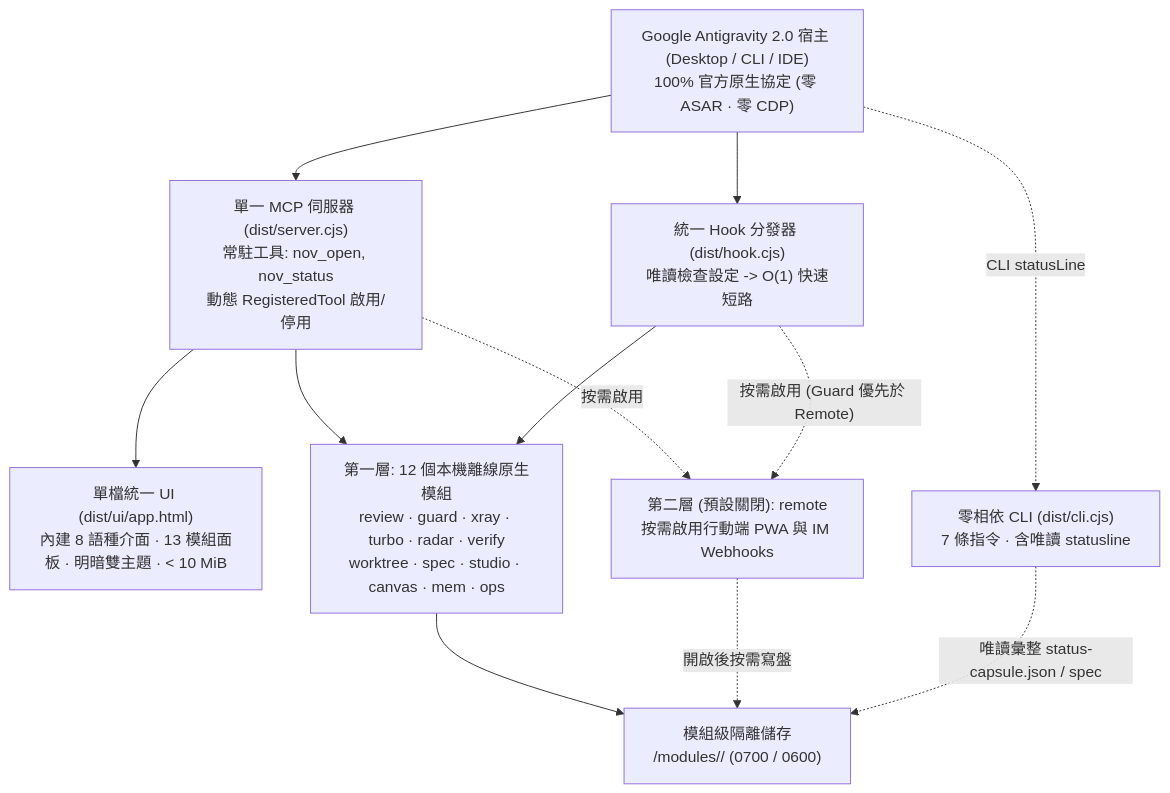
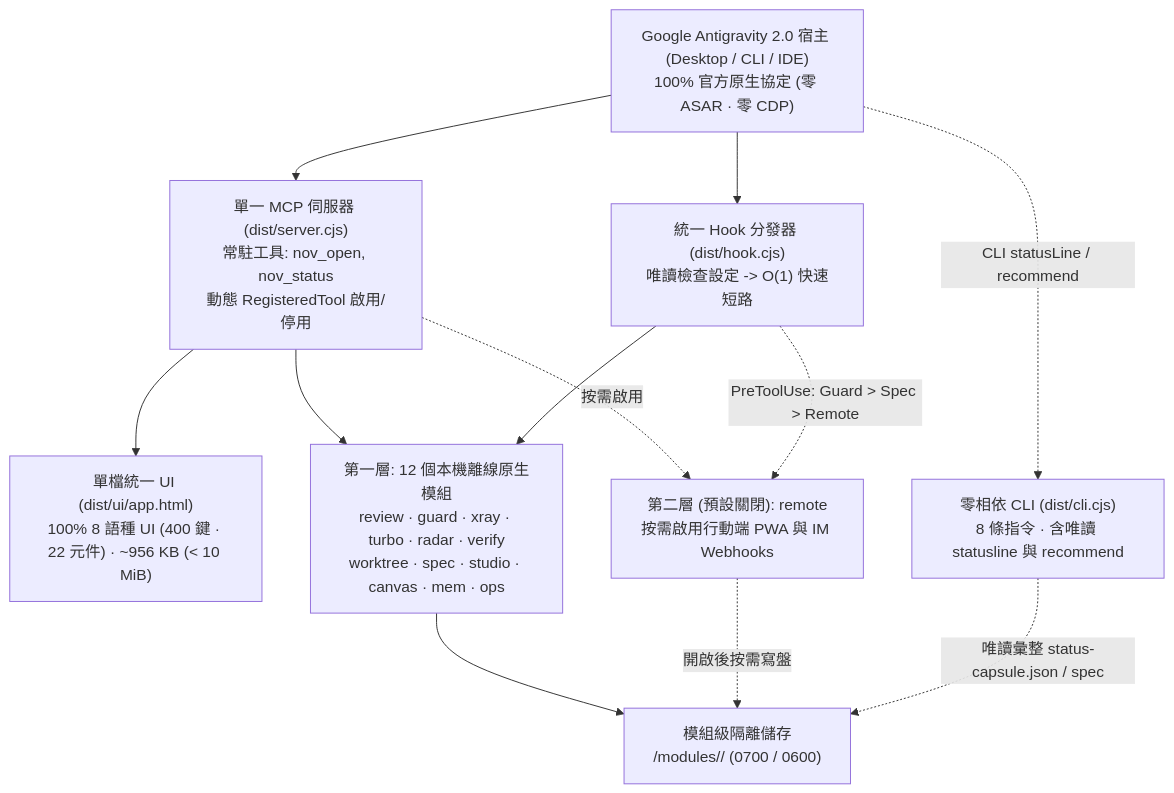
The diagram in docs/i18n/README.zh-TW.md (tone-leh/agy-NOV), drawn with Mermaid before and after one commit. The commit also changed other lines of this file and 74 other files, not shown here.

````diff
--- a/docs/i18n/README.zh-TW.md
+++ b/docs/i18n/README.zh-TW.md
@@ -196,23 +221,23 @@
 ```mermaid
 flowchart TB
   Host["Google Antigravity 2.0 宿主 (Desktop / CLI / IDE)\n100% 官方原生協定 (零 ASAR · 零 CDP)"]
   MCP["單一 MCP 伺服器 (dist/server.cjs)\n常駐工具: nov_open, nov_status\n動態 RegisteredTool 啟用/停用"]
-  UI["單檔統一 UI (dist/ui/app.html)\n內建 8 語種介面 · 13 模組面板 · 明暗雙主題 · < 10 MiB"]
+  UI["單檔統一 UI (dist/ui/app.html)\n100% 8 語種 UI (400 鍵 · 22 元件) · ~956 KB (< 10 MiB)"]
   Hook["統一 Hook 分發器 (dist/hook.cjs)\n唯讀檢查設定 -> O(1) 快速短路"]
-  CLI["零相依 CLI (dist/cli.cjs)\n7 條指令 · 含唯讀 statusline"]
+  CLI["零相依 CLI (dist/cli.cjs)\n8 條指令 · 含唯讀 statusline 與 recommend"]
   Store["模組級隔離儲存\n<dataDir>/modules/<id>/ (0700 / 0600)"]
   T1["第一層: 12 個本機離線原生模組\nreview · guard · xray · turbo · radar · verify\nworktree · spec · studio · canvas · mem · ops"]
   T2R["第二層 (預設關閉): remote\n按需啟用行動端 PWA 與 IM Webhooks"]
 
   Host --> MCP
   Host --> Hook
-  Host -. "CLI statusLine" .-> CLI
+  Host -. "CLI statusLine / recommend" .-> CLI
   MCP --> UI
   MCP --> T1
   MCP -. "按需啟用" .-> T2R
   Hook --> T1
-  Hook -. "按需啟用 (Guard 優先於 Remote)" .-> T2R
+  Hook -. "PreToolUse: Guard > Spec > Remote" .-> T2R
   T1 --> Store
   T2R -. "開啟後按需寫盤" .-> Store
   CLI -. "唯讀彙整 status-capsule.json / spec" .-> Store
 ```
````
